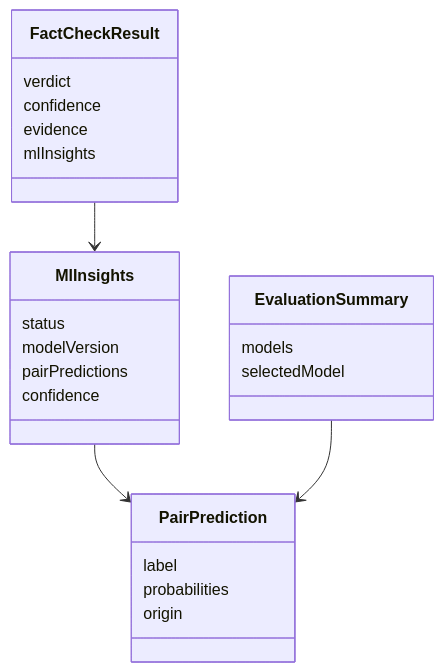
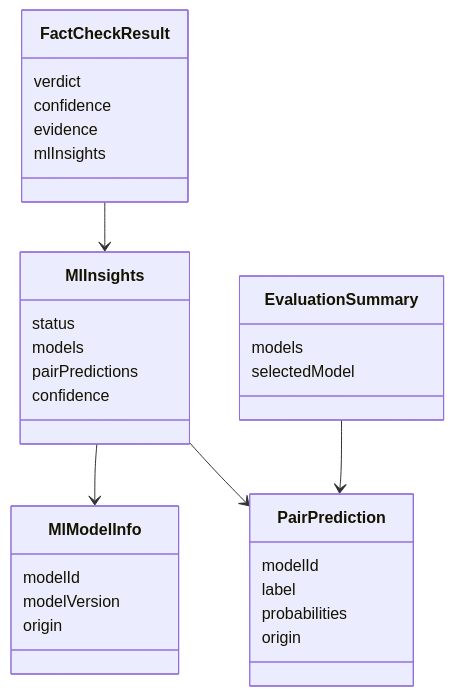
Before and after one commit to Shwetarawat061/FactCheck: the fourth of 7 diagrams in .claude/specs/evidence-intelligence-engine/design.md, drawn with Mermaid. The commit also changed other lines of this file and 2 other files, not shown here.

Commit message:
docs: refine evidence intelligence engine specification

````diff
--- a/.claude/specs/evidence-intelligence-engine/design.md
+++ b/.claude/specs/evidence-intelligence-engine/design.md
@@ -211,27 +218,34 @@
 ```mermaid
 classDiagram
     class FactCheckResult {
         verdict
         confidence
         evidence
         mlInsights
     }
     class MlInsights {
         status
-        modelVersion
+        models
         pairPredictions
         confidence
     }
+    class MlModelInfo {
+        modelId
+        modelVersion
+        origin
+    }
     class PairPrediction {
+        modelId
         label
         probabilities
         origin
     }
     class EvaluationSummary {
         models
         selectedModel
     }
     FactCheckResult --> MlInsights
     MlInsights --> PairPrediction
+    MlInsights --> MlModelInfo
     EvaluationSummary --> PairPrediction
 ```
````
